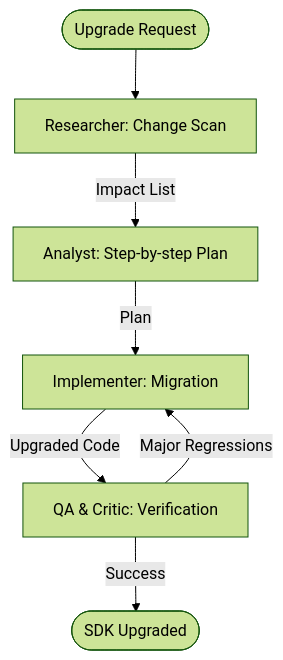
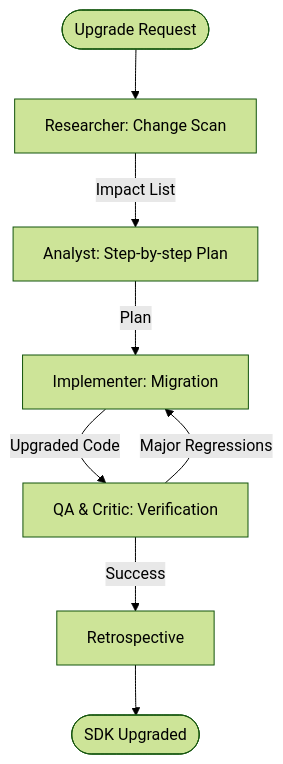
The diagram in custom-agents/workflows/arcgis/ArcGISUpgrade.workflow.md (seanspiesman/Agents-and-Workflows), drawn with Mermaid (forest theme) before and after one commit. The commit also changed other lines of this file and 38 other files, not shown here.

````diff
--- a/custom-agents/workflows/arcgis/ArcGISUpgrade.workflow.md
+++ b/custom-agents/workflows/arcgis/ArcGISUpgrade.workflow.md
@@ -60,9 +68,10 @@
 ```mermaid
 flowchart TD
     Start([Upgrade Request]) --> P1[Researcher: Change Scan]
     P1 -->|Impact List| P2[Analyst: Step-by-step Plan]
     P2 -->|Plan| P3[Implementer: Migration]
     P3 -->|Upgraded Code| P4[QA & Critic: Verification]
     P4 -->|Major Regressions| P3
-    P4 -->|Success| End([SDK Upgraded])
+    P4 -->|Success| P5[Retrospective]
+    P5 --> End([SDK Upgraded])
 ```
````
